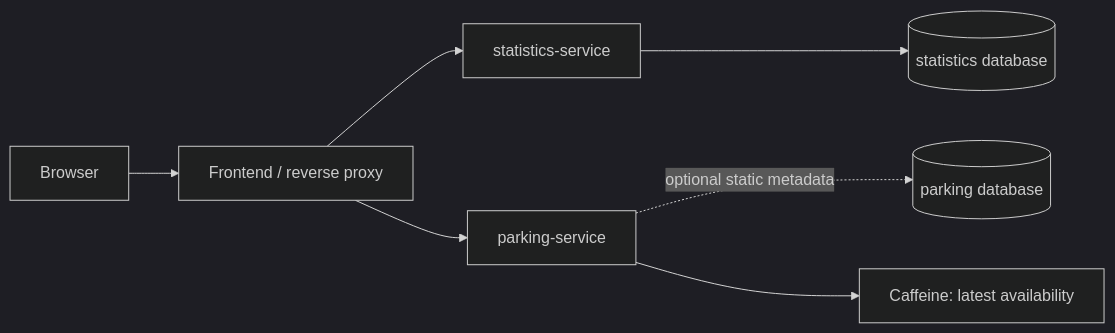
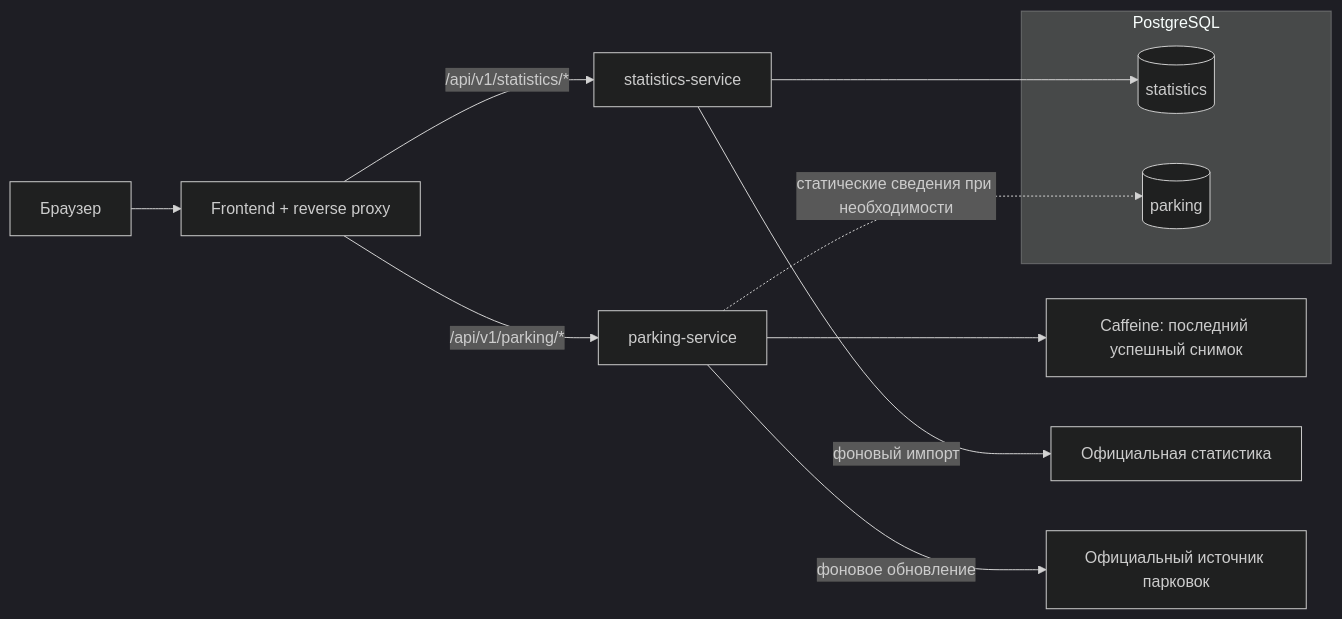
Before and after one commit to bishamon1998/CyprusOpen: the diagram in docs/architecture.md, drawn with Mermaid (dark theme). The commit also changed other lines of this file and 13 other files, not shown here.

Commit message:
docs: plan service architecture and sketch interface

````diff
--- a/docs/architecture.md
+++ b/docs/architecture.md
@@ -5,9 +16,15 @@
 ```mermaid
 flowchart LR
-    Browser --> Frontend[Frontend / reverse proxy]
-    Frontend --> Statistics[statistics-service]
-    Frontend --> Parking[parking-service]
-    Statistics --> StatisticsDB[(statistics database)]
-    Parking -. optional static metadata .-> ParkingDB[(parking database)]
-    Parking --> Cache[Caffeine: latest availability]
+    User[Браузер] --> Web[Frontend + reverse proxy]
+    Web -->|/api/v1/statistics/*| Stats[statistics-service]
+    Web -->|/api/v1/parking/*| Parking[parking-service]
+    Stats --> SDB[(statistics)]
+    Parking --> Cache[Caffeine: последний успешный снимок]
+    Parking -. статические сведения при необходимости .-> PDB[(parking)]
+    Stats -->|фоновый импорт| OfficialStats[Официальная статистика]
+    Parking -->|фоновое обновление| OfficialParking[Официальный источник парковок]
+    subgraph PostgreSQL
+        SDB
+        PDB
+    end
 ```
````
